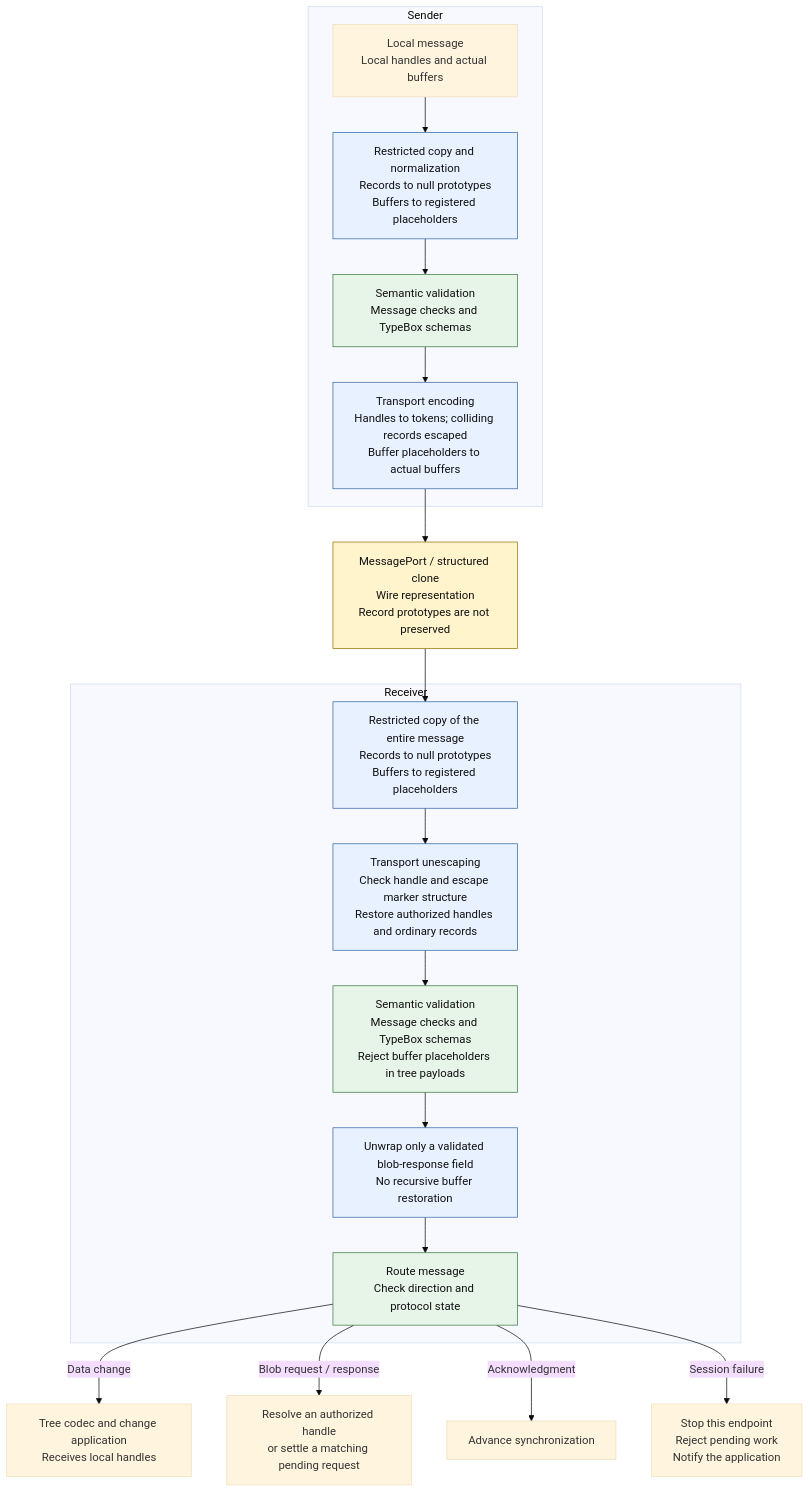
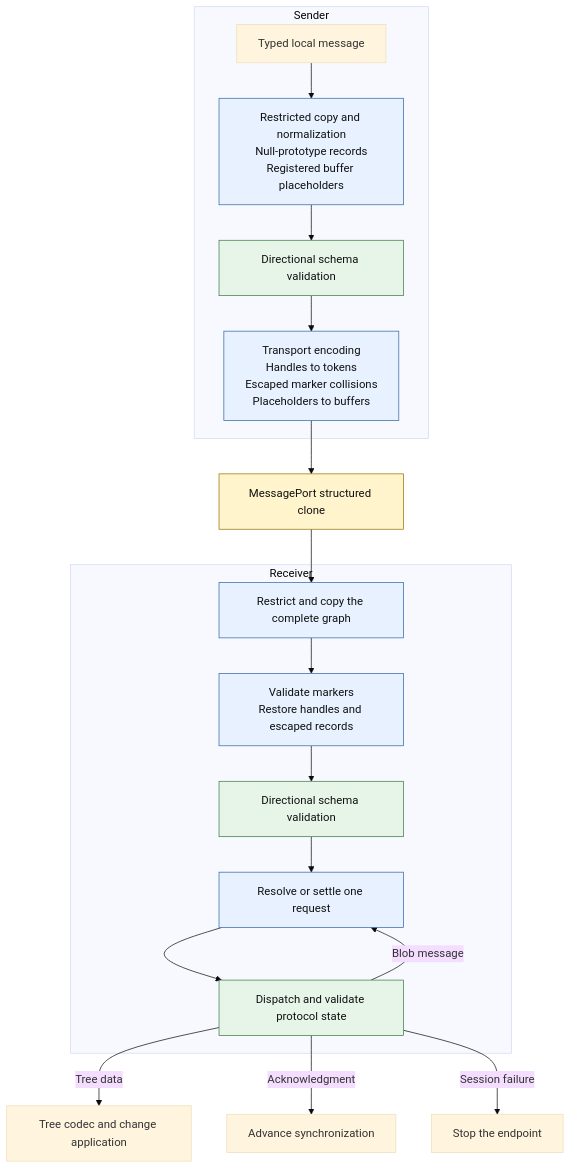
The second of 2 diagrams in packages/dds/tree/src/sandboxing/sandboxing.md (microsoft/FluidFramework), drawn with Mermaid (base theme) before and after one commit. The commit also changed other lines of this file and 3 other files, not shown here.

````diff
--- a/packages/dds/tree/src/sandboxing/sandboxing.md
+++ b/packages/dds/tree/src/sandboxing/sandboxing.md
@@ -184,35 +145,35 @@
 ```mermaid
 flowchart TB
     subgraph Sending["Sender"]
-        S["Local message<br/>Local handles and actual buffers"]
-        N["Restricted copy and normalization<br/>Records to null prototypes<br/>Buffers to registered placeholders"]
-        V["Semantic validation<br/>Message checks and TypeBox schemas"]
-        E["Transport encoding<br/>Handles to tokens; colliding records escaped<br/>Buffer placeholders to actual buffers"]
+        S["Typed local message"]
+        N["Restricted copy and normalization<br/>Null-prototype records<br/>Registered buffer placeholders"]
+        V["Directional schema validation"]
+        E["Transport encoding<br/>Handles to tokens<br/>Escaped marker collisions<br/>Placeholders to buffers"]
         S --> N --> V --> E
     end
 
-    W["MessagePort / structured clone<br/>Wire representation<br/>Record prototypes are not preserved"]
+    W["MessagePort structured clone"]
     E --> W
 
     subgraph Receiving["Receiver"]
-        C["Restricted copy of the entire message<br/>Records to null prototypes<br/>Buffers to registered placeholders"]
-        U["Transport unescaping<br/>Check handle and escape marker structure<br/>Restore authorized handles and ordinary records"]
-        Q["Semantic validation<br/>Message checks and TypeBox schemas<br/>Reject buffer placeholders in tree payloads"]
-        B["Unwrap only a validated blob-response field<br/>No recursive buffer restoration"]
-        R["Route message<br/>Check direction and protocol state"]
+        C["Restrict and copy the complete graph"]
+        U["Validate markers<br/>Restore handles and escaped records"]
+        Q["Directional schema validation"]
+        B["Unwrap a validated blob response"]
+        R["Dispatch and validate protocol state"]
         C --> U --> Q --> B --> R
     end
 
     W --> C
-    R -->|"Data change"| T["Tree codec and change application<br/>Receives local handles"]
-    R -->|"Blob request / response"| A["Resolve an authorized handle<br/>or settle a matching pending request"]
-    R -->|"Acknowledgment"| K["Advance synchronization"]
-    R -->|"Session failure"| X["Stop this endpoint<br/>Reject pending work<br/>Notify the application"]
+    R -->|"Tree data"| T["Tree codec and change application"]
+    R -->|"Blob message"| B["Resolve or settle one request"]
+    R -->|"Acknowledgment"| A["Advance synchronization"]
+    R -->|"Session failure"| X["Stop the endpoint"]
 
     classDef conversion fill:#e8f1ff,stroke:#3166a3,color:#111;
     classDef validation fill:#e7f4e8,stroke:#397a42,color:#111;
     classDef boundary fill:#fff4cc,stroke:#967000,color:#111;
     class N,E,C,U,B conversion;
     class V,Q,R validation;
     class W boundary;
 ```
````
